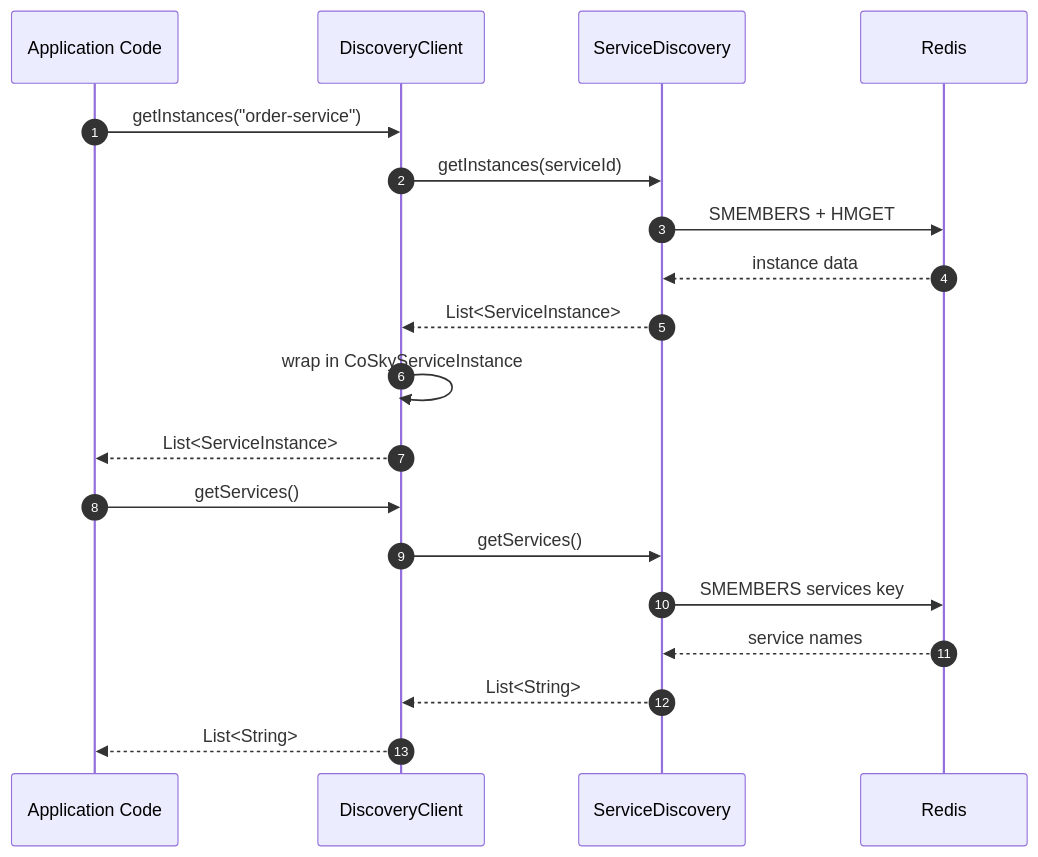
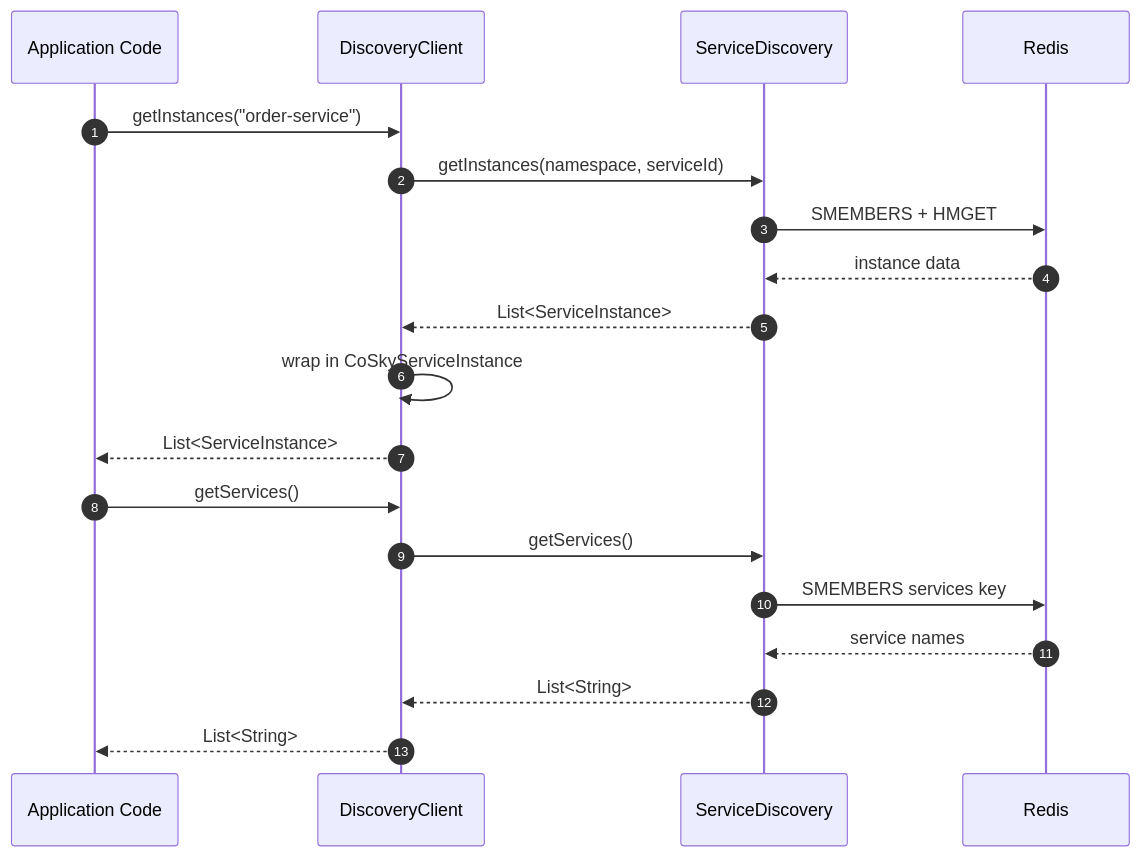
One commit to Ahoo-Wang/CoSky changed the second of 5 diagrams in wiki/guide/spring-cloud-discovery.md. Above: the diagram before and after it, drawn with Mermaid. The commit also changed other lines of this file and 35 other files, not shown here.

````diff
--- a/wiki/guide/spring-cloud-discovery.md
+++ b/wiki/guide/spring-cloud-discovery.md
@@ -109,23 +110,23 @@
 ```mermaid
 sequenceDiagram
     autonumber
     participant App as Application Code
     participant DC as DiscoveryClient
     participant SD as ServiceDiscovery
     participant Redis as Redis
 
     App->>DC: getInstances("order-service")
-    DC->>SD: getInstances(serviceId)
+    DC->>SD: getInstances(namespace, serviceId)
     SD->>Redis: SMEMBERS + HMGET
     Redis-->>SD: instance data
     SD-->>DC: List<ServiceInstance>
     DC->>DC: wrap in CoSkyServiceInstance
     DC-->>App: List<ServiceInstance>
 
     App->>DC: getServices()
     DC->>SD: getServices()
     SD->>Redis: SMEMBERS services key
     Redis-->>SD: service names
     SD-->>DC: List<String>
     DC-->>App: List<String>
 ```
````
